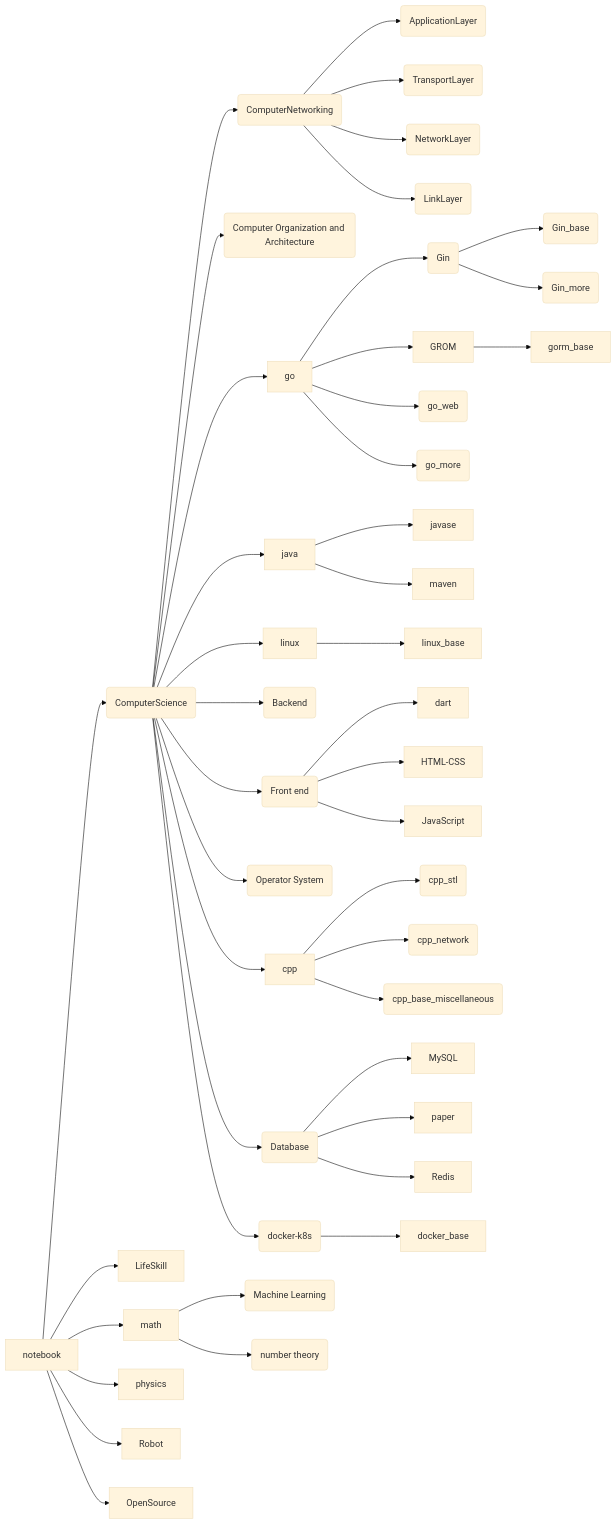
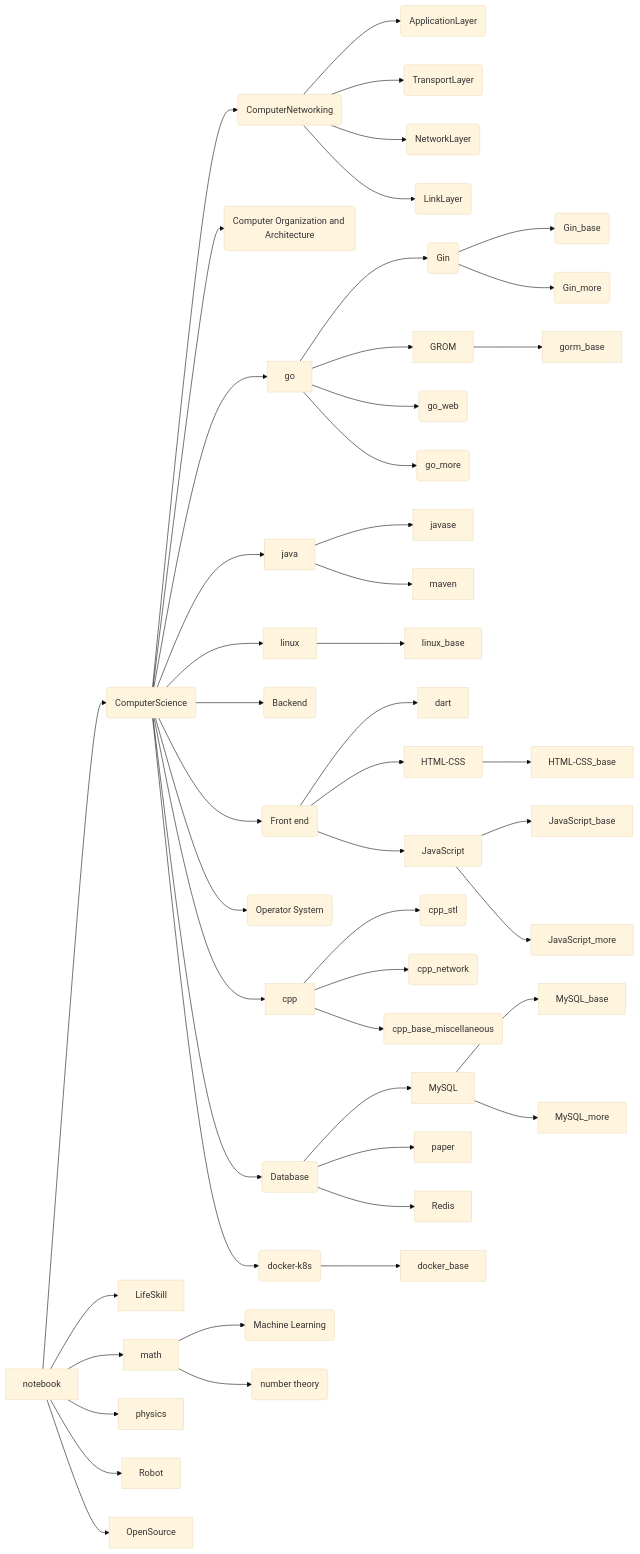
Before and after one commit to zhangxuwen/learningNotebook: the diagram in README.md, drawn with Mermaid (base theme). The commit also changed 22 other files, not shown here.

````diff
--- a/README.md
+++ b/README.md
@@ -14,72 +14,77 @@
 ```mermaid
 graph LR
 notebook --> CS(ComputerScience)
 notebook --> LifeSkill
 notebook --> math
 notebook --> physics
 notebook --> Robot
 notebook --> OpenSource
 
 CS --> CN(ComputerNetworking)
 CN --> 应用层(ApplicationLayer)
 CN --> 传输层(TransportLayer)
 CN --> 网络层(NetworkLayer)
 CN --> 链路层(LinkLayer)
 
 
 CS --> COAA(Computer Organization and Architecture)
 
 
 CS --> go
 go --> Gin框架(Gin)
 Gin框架(Gin) --> Gin入门(Gin_base)
 Gin框架(Gin) --> Gin源码分析(Gin_more)
 go --> GROM
 GROM --> gorm_base
 go --> goweb基础(go_web)
 go --> go进阶(go_more)
 
 
 CS --> java
 java --> javase
 java --> maven
 
 
 CS --> linux
 linux --> linux_base
 
 
 CS --> BD(Backend)
 
 
 CS --> FD(Front end)
 FD --> dart
 FD --> HTML-CSS
+HTML-CSS --> HTML-CSS_base
 FD --> JavaScript
+JavaScript --> JavaScript_base
+JavaScript --> JavaScript_more
 
 
 CS --> OS(Operator System)
 
 
 CS --> cpp
 cpp --> c++stl基础(cpp_stl)
 cpp --> c++网络基础(cpp_network)
 cpp --> c++基础杂项知识(cpp_base_miscellaneous)
 
 
 CS --> DB(Database)
 DB --> MySQL
+MySQL --> MySQL_base
+MySQL --> MySQL_more
 DB --> paper
 DB --> Redis
 
 
 CS --> DK(docker-k8s)
 DK --> docker_base
 
 
 
 math --> ML(Machine Learning)
 
 
 math --> NT(number theory)
 ```
````
